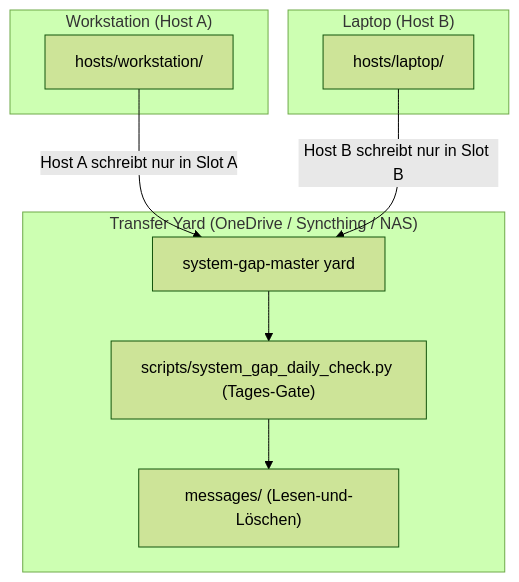
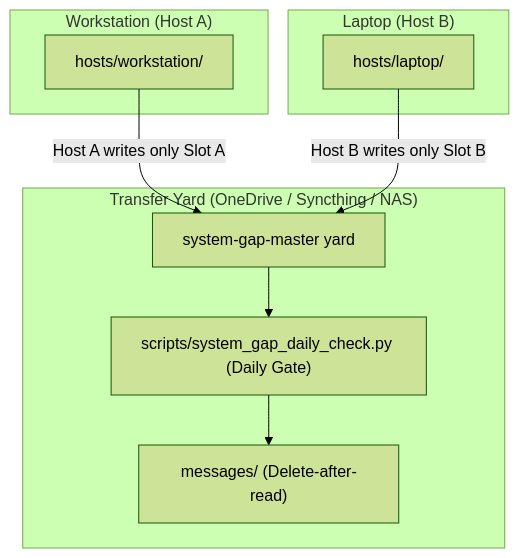
One commit to ellmos-ai/system-gap-master changed the diagram in README_de.md. Above: the diagram before and after it, drawn with Mermaid (forest theme). The commit also changed other lines of this file and 1 other file, not shown here.

````diff
--- a/README_de.md
+++ b/README_de.md
@@ -23,15 +23,15 @@
 ```mermaid
 flowchart TD
     subgraph HostA["Workstation (Host A)"]
         SlotA["hosts/workstation/"]
     end
     subgraph HostB["Laptop (Host B)"]
         SlotB["hosts/laptop/"]
     end
     subgraph SyncYard["Transfer Yard (OneDrive / Syncthing / NAS)"]
-        SlotA -->|Host A schreibt nur in Slot A| YardStorage["system-gap-master yard"]
-        SlotB -->|Host B schreibt nur in Slot B| YardStorage
-        YardStorage --> GateScript["scripts/system_gap_daily_check.py (Tages-Gate)"]
-        GateScript --> MsgChannel["messages/ (Lesen-und-Löschen)"]
+        SlotA -->|Host A writes only Slot A| YardStorage["system-gap-master yard"]
+        SlotB -->|Host B writes only Slot B| YardStorage
+        YardStorage --> GateScript["scripts/system_gap_daily_check.py (Daily Gate)"]
+        GateScript --> MsgChannel["messages/ (Delete-after-read)"]
     end
 ```
````
